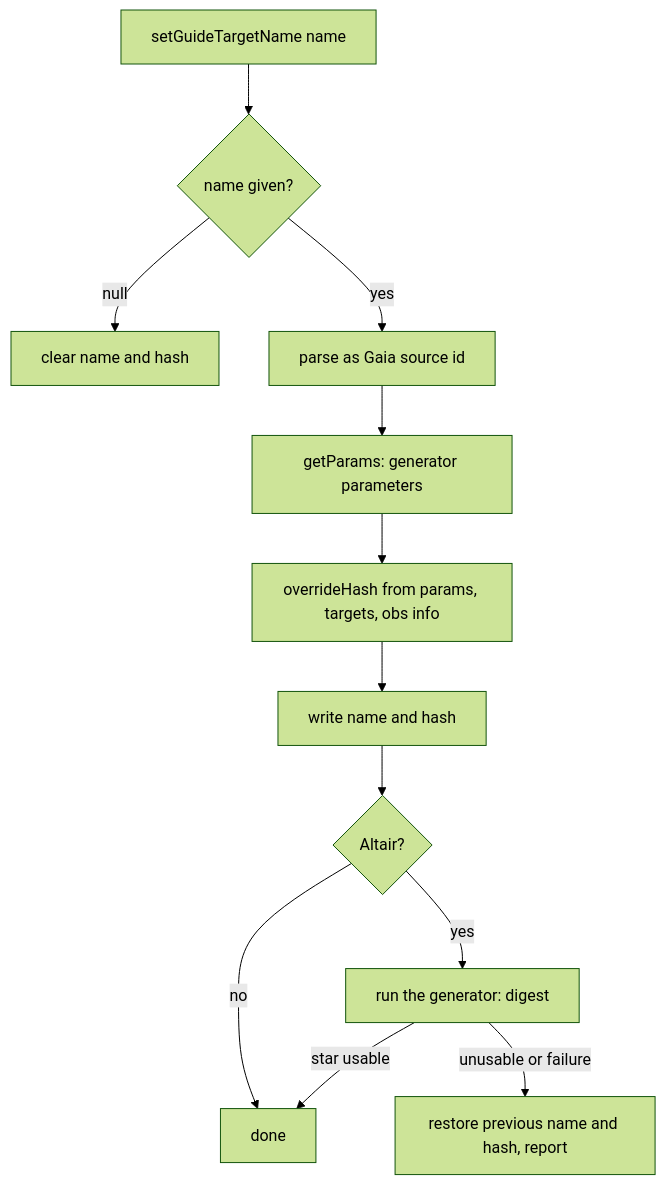
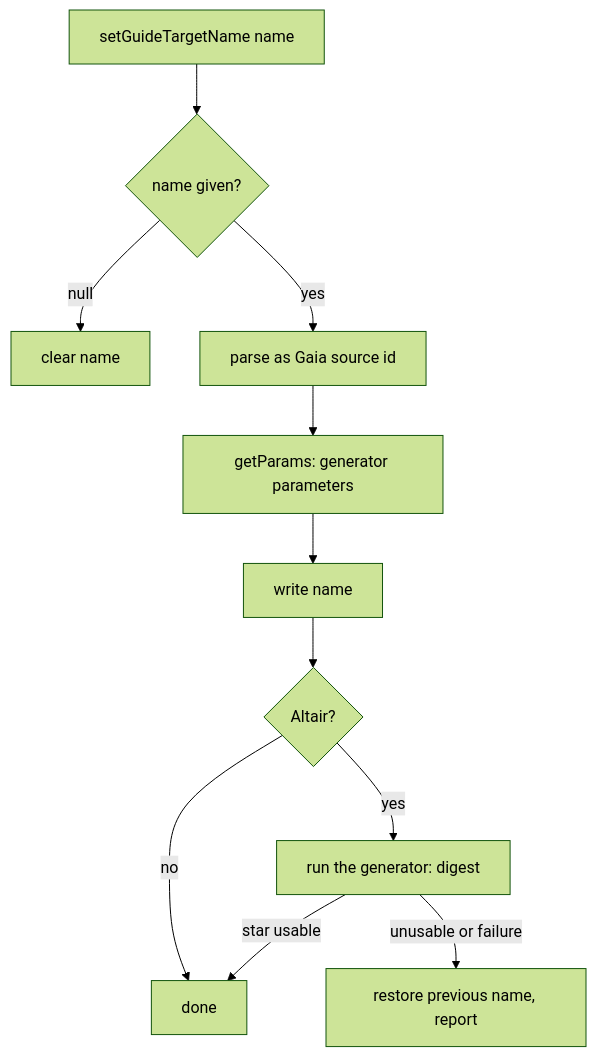
Before and after one commit to gemini-hlsw/lucuma-odb: the second of 4 diagrams in modules/service/docs/guide-star-flow.md, drawn with Mermaid (forest theme). The commit also changed other lines of this file and 4 other files, not shown here.

````diff
--- a/modules/service/docs/guide-star-flow.md
+++ b/modules/service/docs/guide-star-flow.md
@@ -64,14 +63,13 @@
 ```mermaid
 flowchart TD
     A[setGuideTargetName name] --> B{name given?}
-    B -- null --> C[clear name and hash]
+    B -- null --> C[clear name]
     B -- yes --> D[parse as Gaia source id]
     D --> E[getParams: generator parameters]
-    E --> F[overrideHash from params, targets, obs info]
-    F --> G[write name and hash]
+    E --> G[write name]
     G --> H{Altair?}
     H -- no --> I[done]
     H -- yes --> J[run the generator: digest]
     J -- star usable --> I
-    J -- unusable or failure --> K[restore previous name and hash, report]
+    J -- unusable or failure --> K[restore previous name, report]
 ```
````
